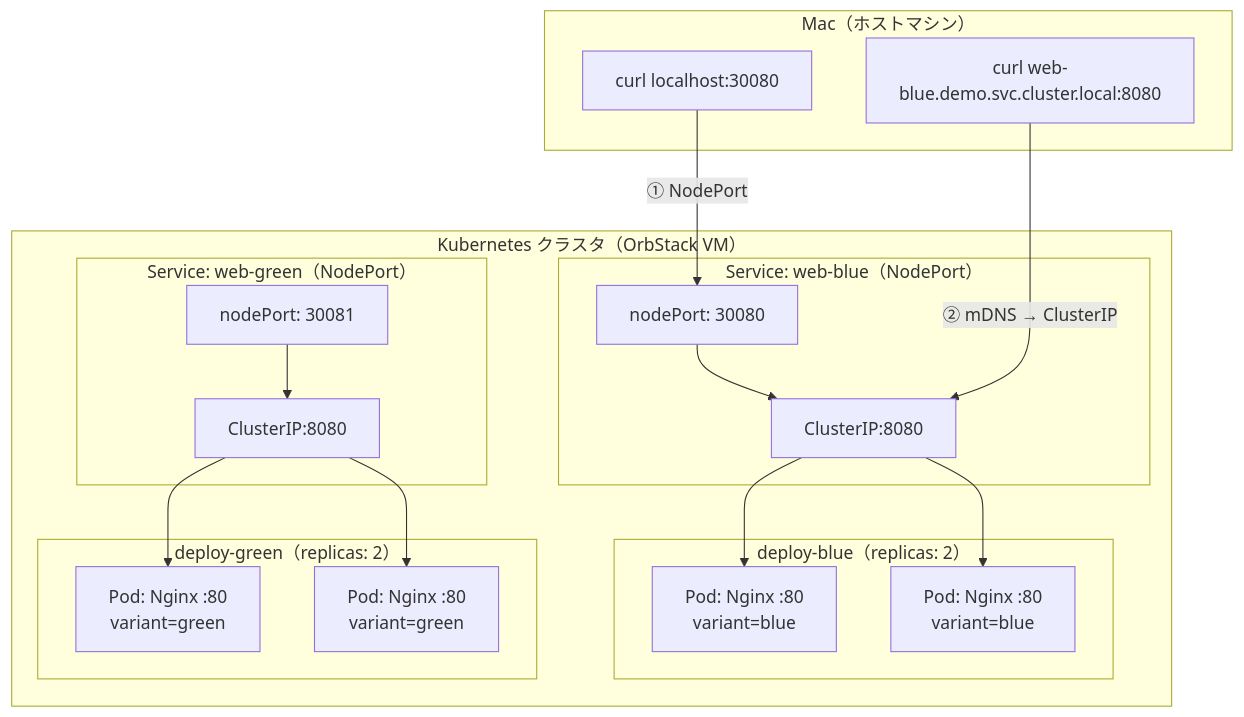
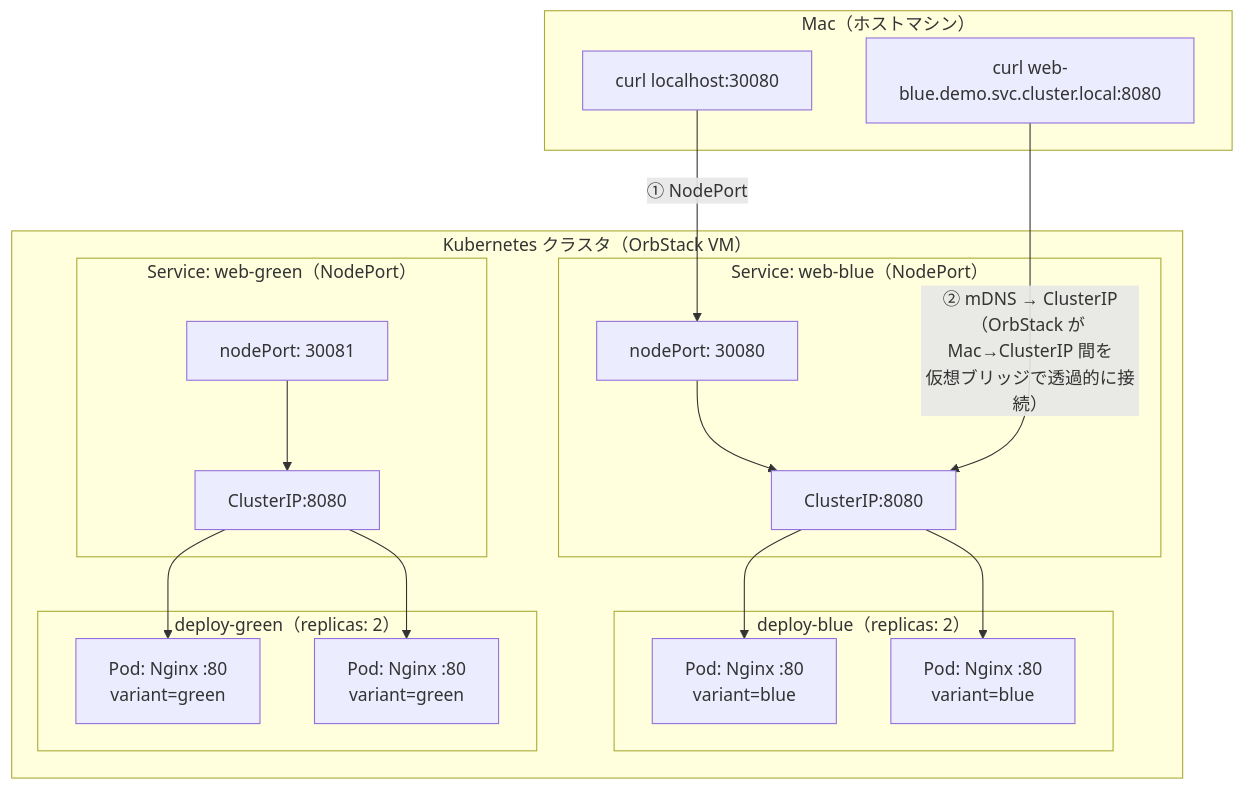
One commit to uraitakahito/hello-k8s changed the diagram in README.md. Above: the diagram before and after it, drawn with Mermaid.

Commit message:
Add OrbStack bridge annotation to ClusterIP route in architecture diagram

````diff
--- a/README.md
+++ b/README.md
@@ -31,39 +31,39 @@
 ```mermaid
 graph TB
     subgraph Mac["Mac（ホストマシン）"]
         curl_np["curl localhost:30080"]
         curl_dns["curl web-blue.demo.svc.cluster.local:8080"]
     end
 
     subgraph Cluster["Kubernetes クラスタ（OrbStack VM）"]
         subgraph SvcBlue["Service: web-blue（NodePort）"]
             np["nodePort: 30080"]
             cp["ClusterIP:8080"]
             np --> cp
         end
 
         subgraph SvcGreen["Service: web-green（NodePort）"]
             np2["nodePort: 30081"]
             cp2["ClusterIP:8080"]
             np2 --> cp2
         end
 
         subgraph PodsBlue["deploy-blue（replicas: 2）"]
             pb1["Pod: Nginx :80<br/>variant=blue"]
             pb2["Pod: Nginx :80<br/>variant=blue"]
         end
 
         subgraph PodsGreen["deploy-green（replicas: 2）"]
             pg1["Pod: Nginx :80<br/>variant=green"]
             pg2["Pod: Nginx :80<br/>variant=green"]
         end
 
         cp --> pb1
         cp --> pb2
         cp2 --> pg1
         cp2 --> pg2
     end
 
     curl_np -->|"① NodePort"| np
-    curl_dns -->|"② mDNS → ClusterIP"| cp
+    curl_dns -->|"② mDNS → ClusterIP<br/>（OrbStack が Mac→ClusterIP 間を<br/>仮想ブリッジで透過的に接続）"| cp
 ```
````
